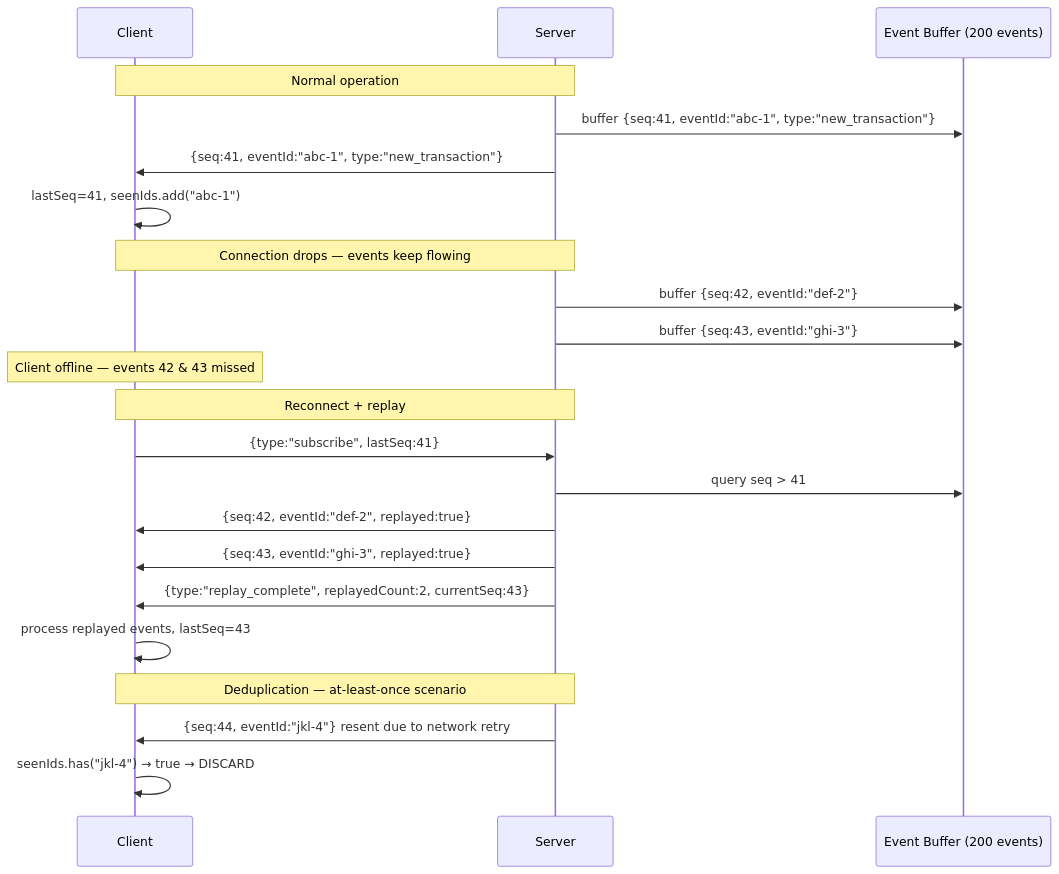
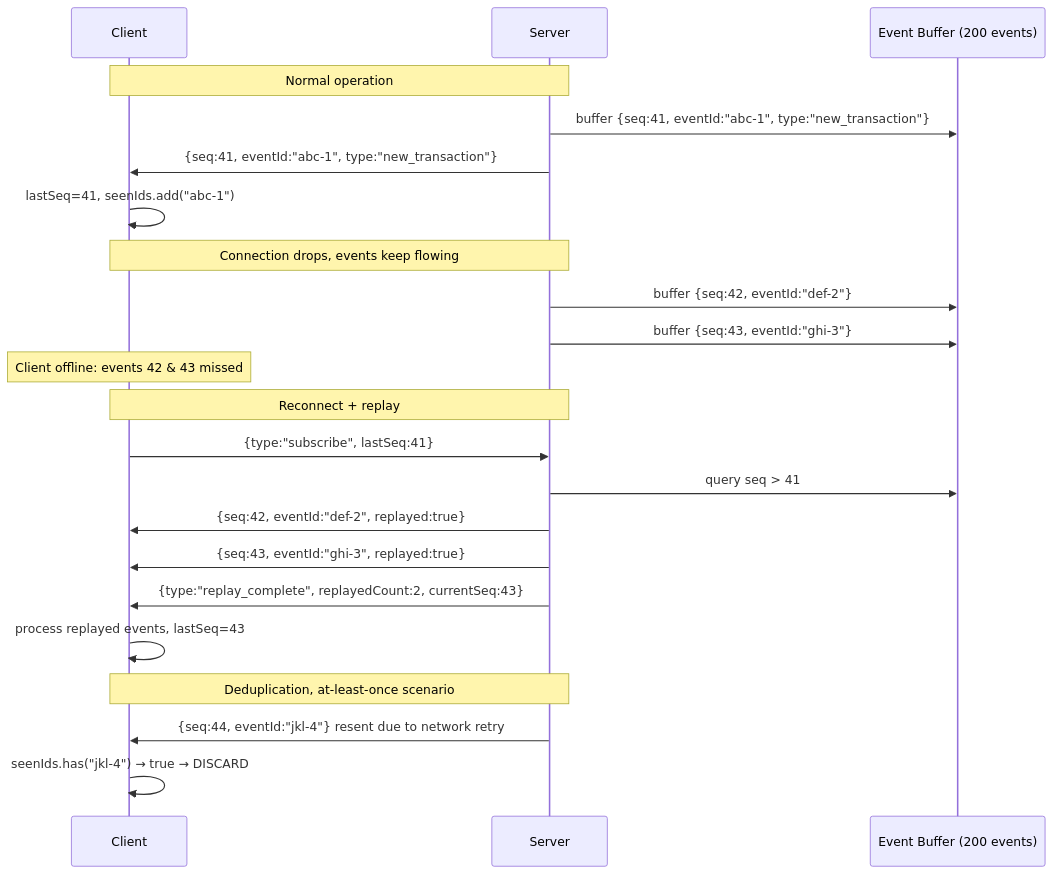
One commit to Jheff4/stratos-wallet changed the diagram in docs/docs/adrs/websocket-reliability-protocol.md. Above: the diagram before and after it, drawn with Mermaid. The commit also changed other lines of this file and 63 other files, not shown here.

````diff
--- a/docs/docs/adrs/websocket-reliability-protocol.md
+++ b/docs/docs/adrs/websocket-reliability-protocol.md
@@ -43,28 +43,28 @@
 ```mermaid
 sequenceDiagram
   participant C as Client
   participant S as Server
   participant B as Event Buffer (200 events)
 
   Note over C,S: Normal operation
   S->>B: buffer {seq:41, eventId:"abc-1", type:"new_transaction"}
   S->>C: {seq:41, eventId:"abc-1", type:"new_transaction"}
   C->>C: lastSeq=41, seenIds.add("abc-1")
 
-  Note over C,S: Connection drops — events keep flowing
+  Note over C,S: Connection drops, events keep flowing
   S->>B: buffer {seq:42, eventId:"def-2"}
   S->>B: buffer {seq:43, eventId:"ghi-3"}
-  Note over C: Client offline — events 42 & 43 missed
+  Note over C: Client offline: events 42 & 43 missed
 
   Note over C,S: Reconnect + replay
   C->>S: {type:"subscribe", lastSeq:41}
   S->>B: query seq > 41
   S->>C: {seq:42, eventId:"def-2", replayed:true}
   S->>C: {seq:43, eventId:"ghi-3", replayed:true}
   S->>C: {type:"replay_complete", replayedCount:2, currentSeq:43}
   C->>C: process replayed events, lastSeq=43
 
-  Note over C,S: Deduplication — at-least-once scenario
+  Note over C,S: Deduplication, at-least-once scenario
   S->>C: {seq:44, eventId:"jkl-4"} resent due to network retry
   C->>C: seenIds.has("jkl-4") → true → DISCARD
 ```
````
